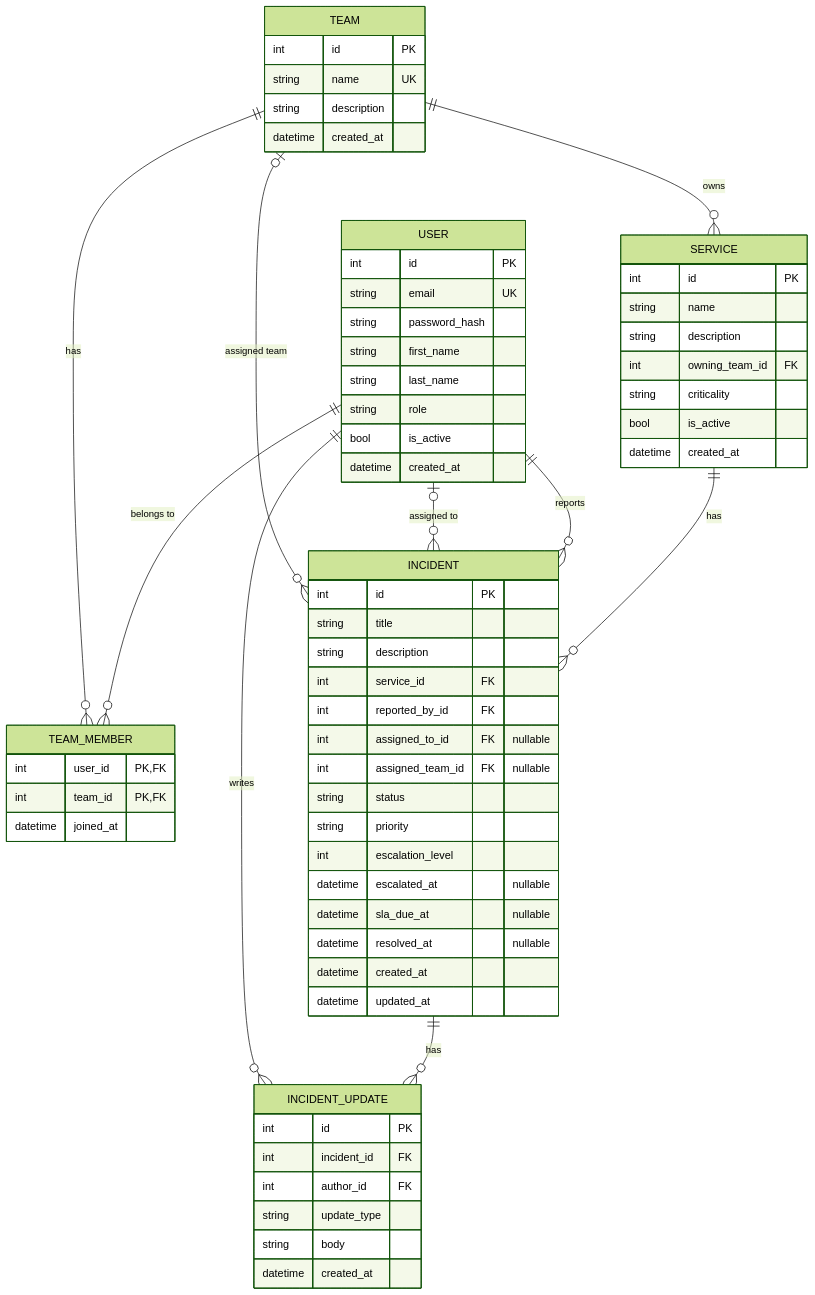
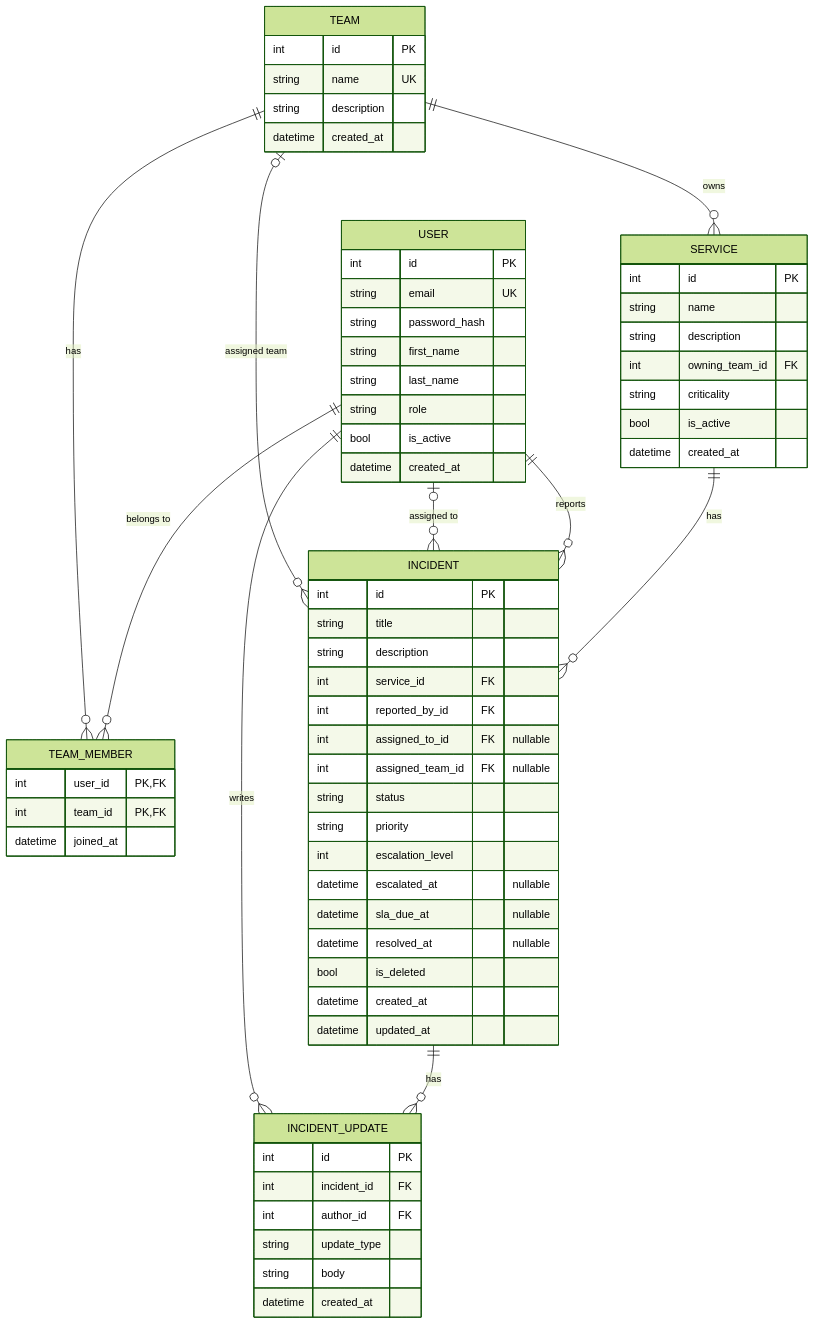
Before and after one commit to ZiedRbd/COSC-3339-Fall-2026-Term-Project: the diagram in docs/ER-DIAGRAM.md, drawn with Mermaid (forest theme). The commit also changed 1 other file, not shown here.

Commit message:
Add is_deleted to INCIDENT

````diff
--- a/docs/ER-DIAGRAM.md
+++ b/docs/ER-DIAGRAM.md
@@ -3,73 +3,74 @@
 ```mermaid
 erDiagram
     USER ||--o{ TEAM_MEMBER : "belongs to"
     TEAM ||--o{ TEAM_MEMBER : "has"
     TEAM ||--o{ SERVICE : "owns"
     SERVICE ||--o{ INCIDENT : "has"
     USER ||--o{ INCIDENT : "reports"
     USER o|--o{ INCIDENT : "assigned to"
     TEAM o|--o{ INCIDENT : "assigned team"
     INCIDENT ||--o{ INCIDENT_UPDATE : "has"
     USER ||--o{ INCIDENT_UPDATE : "writes"
 
     USER {
         int id PK
         string email UK
         string password_hash
         string first_name
         string last_name
         string role
         bool is_active
         datetime created_at
     }
 
     TEAM {
         int id PK
         string name UK
         string description
         datetime created_at
     }
 
     TEAM_MEMBER {
         int user_id PK,FK
         int team_id PK,FK
         datetime joined_at
     }
 
     SERVICE {
         int id PK
         string name
         string description
         int owning_team_id FK
         string criticality
         bool is_active
         datetime created_at
     }
 
     INCIDENT {
         int id PK
         string title
         string description
         int service_id FK
         int reported_by_id FK
         int assigned_to_id FK "nullable"
         int assigned_team_id FK "nullable"
         string status
         string priority
         int escalation_level
         datetime escalated_at "nullable"
         datetime sla_due_at "nullable"
         datetime resolved_at "nullable"
+        bool is_deleted
         datetime created_at
         datetime updated_at
     }
 
     INCIDENT_UPDATE {
         int id PK
         int incident_id FK
         int author_id FK
         string update_type
         string body
         datetime created_at
     }
 ```
````
